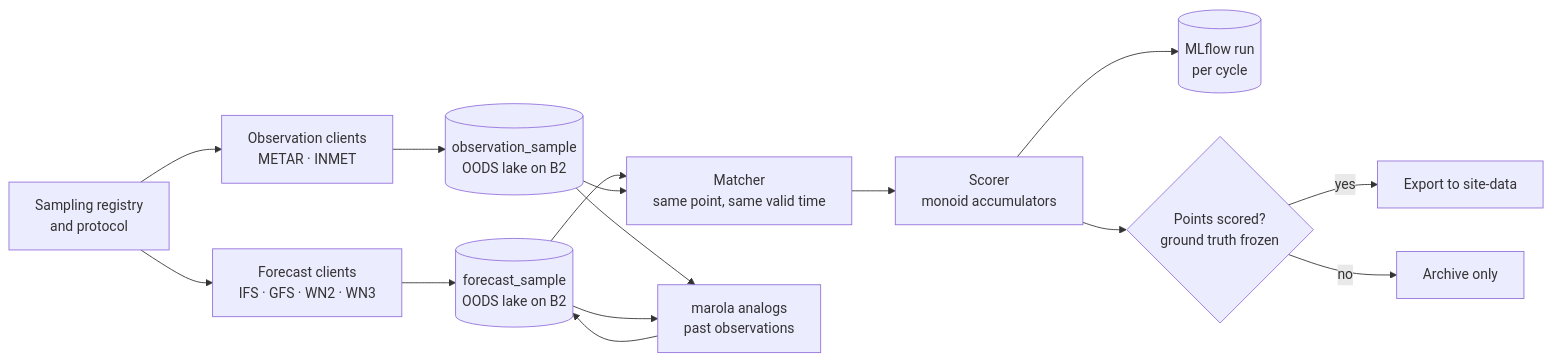
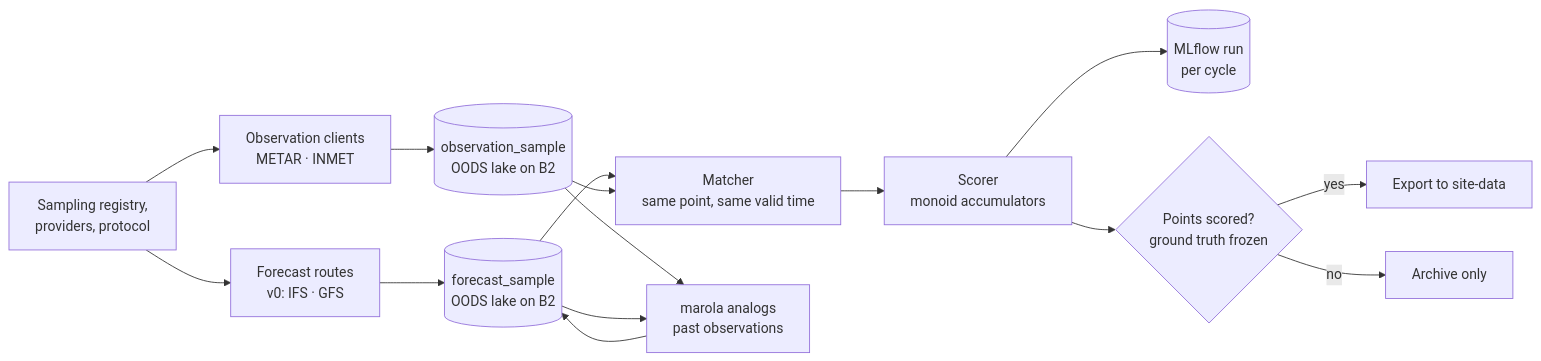
Before and after one commit to marola-dev/marola: the first of 2 diagrams in docs/MIPs/MIP-0083-forecast-benchmark-job.md, drawn with Mermaid. The commit also changed other lines of this file and 2 other files, not shown here.

````diff
--- a/docs/MIPs/MIP-0083-forecast-benchmark-job.md
+++ b/docs/MIPs/MIP-0083-forecast-benchmark-job.md
@@ -290,17 +290,17 @@
 ```mermaid
 flowchart LR
-  reg[Sampling registry<br/>and protocol] --> fc[Forecast clients<br/>IFS · GFS · WN2 · WN3]
+  reg[Sampling registry,<br/>providers, protocol] --> fc[Forecast routes<br/>v0: IFS · GFS]
   reg --> oc[Observation clients<br/>METAR · INMET]
   fc --> fs[(forecast_sample<br/>OODS lake on B2)]
   oc --> os[(observation_sample<br/>OODS lake on B2)]
   fs --> m[Matcher<br/>same point, same valid time]
   os --> m
   m --> sc[Scorer<br/>monoid accumulators]
   sc --> ml[(MLflow run<br/>per cycle)]
   os --> an[marola analogs<br/>past observations]
   fs --> an
   an --> fs
   sc --> gate{Points scored?<br/>ground truth frozen}
   gate -- yes --> ex[Export to site-data]
   gate -- no --> hold[Archive only]
 ```
````
